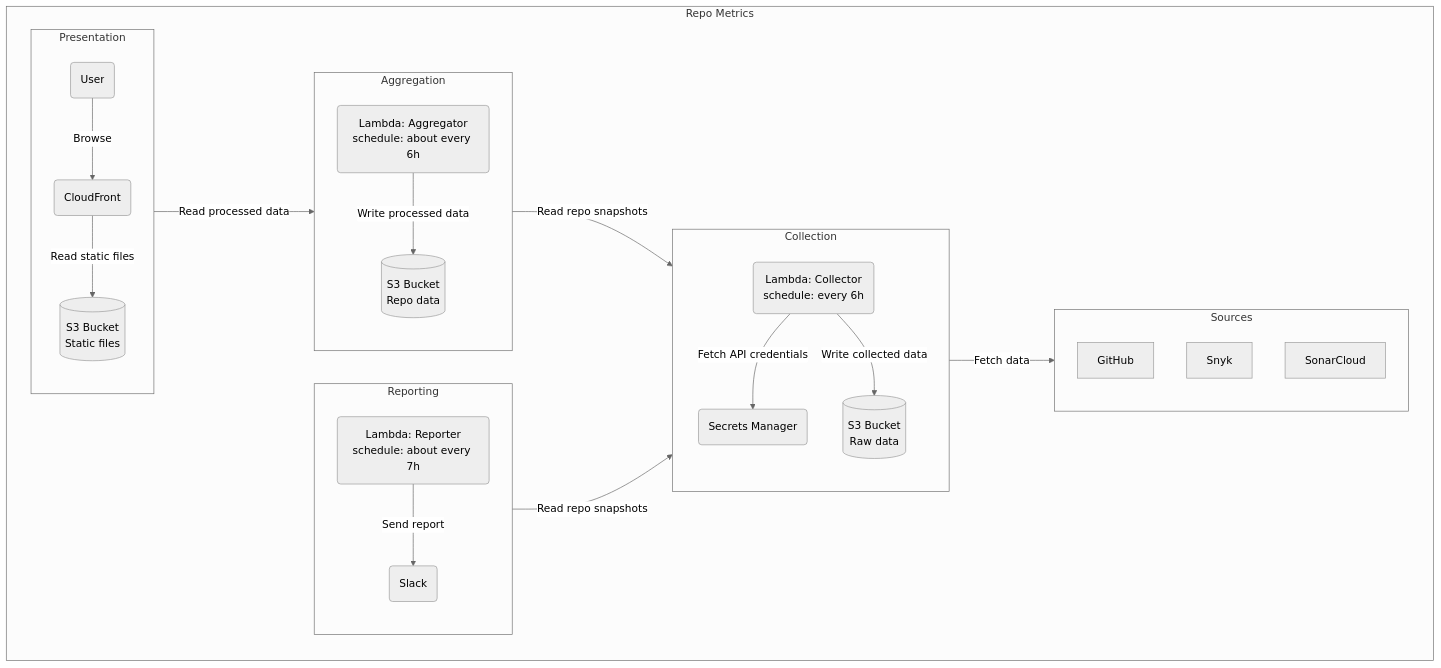
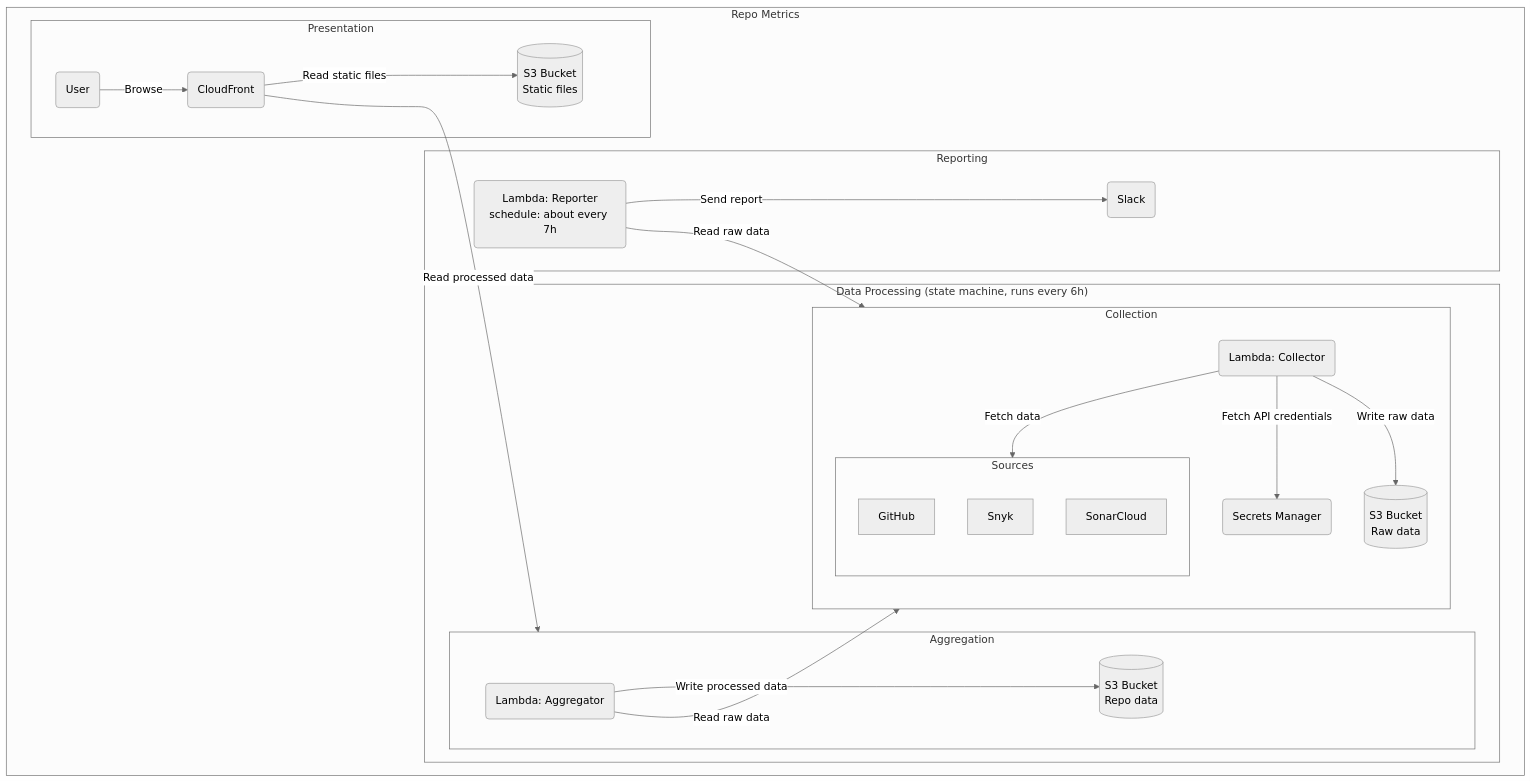
The diagram in README.md (capralifecycle/liflig-repo-metrics), drawn with Mermaid before and after one commit.

Commit message:
docs: update mermaid diagram

````diff
--- a/README.md
+++ b/README.md
@@ -16,46 +16,48 @@
 ```mermaid
 %%{init: {'theme':'neutral'}}%%
 graph TB
 subgraph Repo Metrics
 
   subgraph Sources
     GitHub
     Snyk
     SonarCloud
   end
 
-  subgraph Collection
-    collector(Lambda: Collector</br>schedule: every 6h)
-    secrets(Secrets Manager)
-    raw_data[(S3 Bucket</br>Raw data)]
-    collector -- Fetch API credentials --> secrets
-    collector -- Write collected data --> raw_data
+  subgraph "Data Processing (state machine, runs every 6h)"
+    subgraph Collection
+      collector(Lambda: Collector)
+      secrets(Secrets Manager)
+      raw_data[(S3 Bucket</br>Raw data)]
+      collector -- Fetch API credentials --> secrets
+      collector -- Fetch data --> Sources
+      collector -- Write raw data --> raw_data
+    end
+
+    subgraph Aggregation
+      aggregator(Lambda: Aggregator)
+      processed_data[(S3 Bucket</br>Repo data)]
+      aggregator -- Write processed data --> processed_data
+    end
   end
 
   subgraph Reporting
     report(Lambda: Reporter</br>schedule: about every 7h)
     chat(Slack)
     report -- Send report --> chat
-  end
-
-  subgraph Aggregation
-    aggregator(Lambda: Aggregator</br>schedule: about every 6h)
-    processed_data[(S3 Bucket</br>Repo data)]
-    aggregator -- Write processed data --> processed_data
   end
 
   subgraph Presentation
     cf(CloudFront)
     static_files[(S3 Bucket</br>Static files)]
     user(User)
     cf -- Read static files --> static_files
     user -- Browse --> cf
   end
 
-  Collection -- Fetch data --> Sources
-  Aggregation -- Read repo snapshots --> Collection
-  Reporting -- Read repo snapshots --> Collection
-  Presentation -- Read processed data --> Aggregation
+  aggregator -- Read raw data --> Collection
+  report -- Read raw data --> Collection
+  cf -- Read processed data --> Aggregation
 
 end
 ```
````
